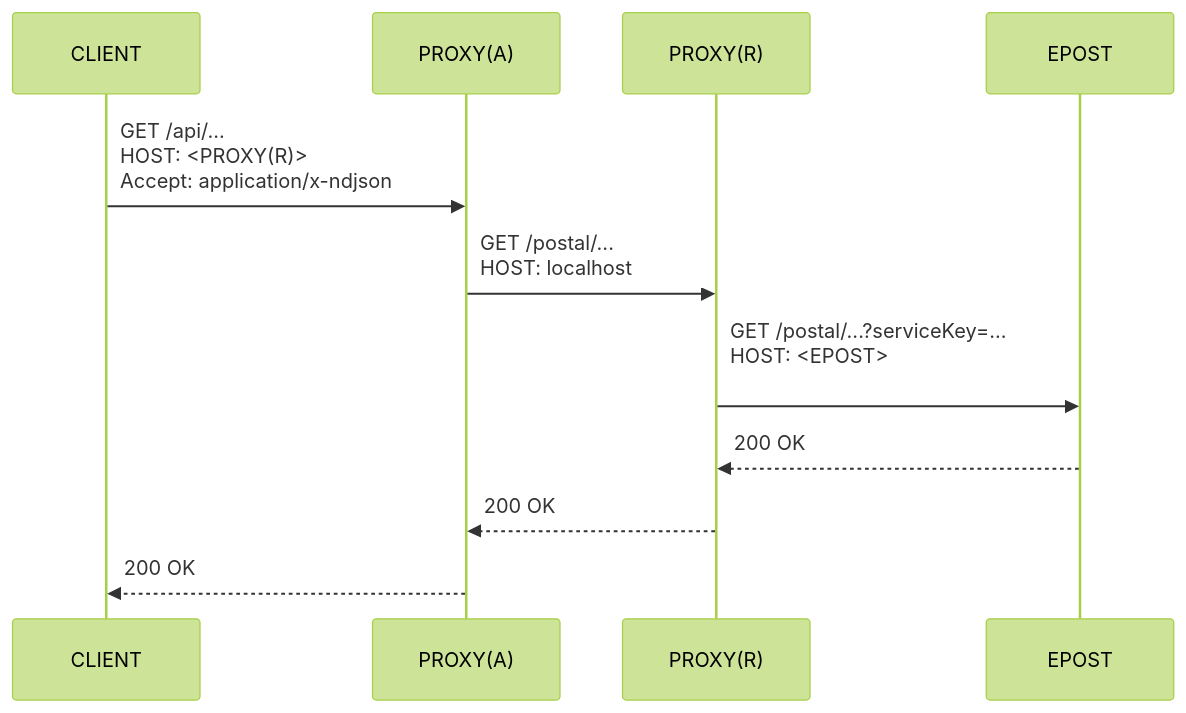
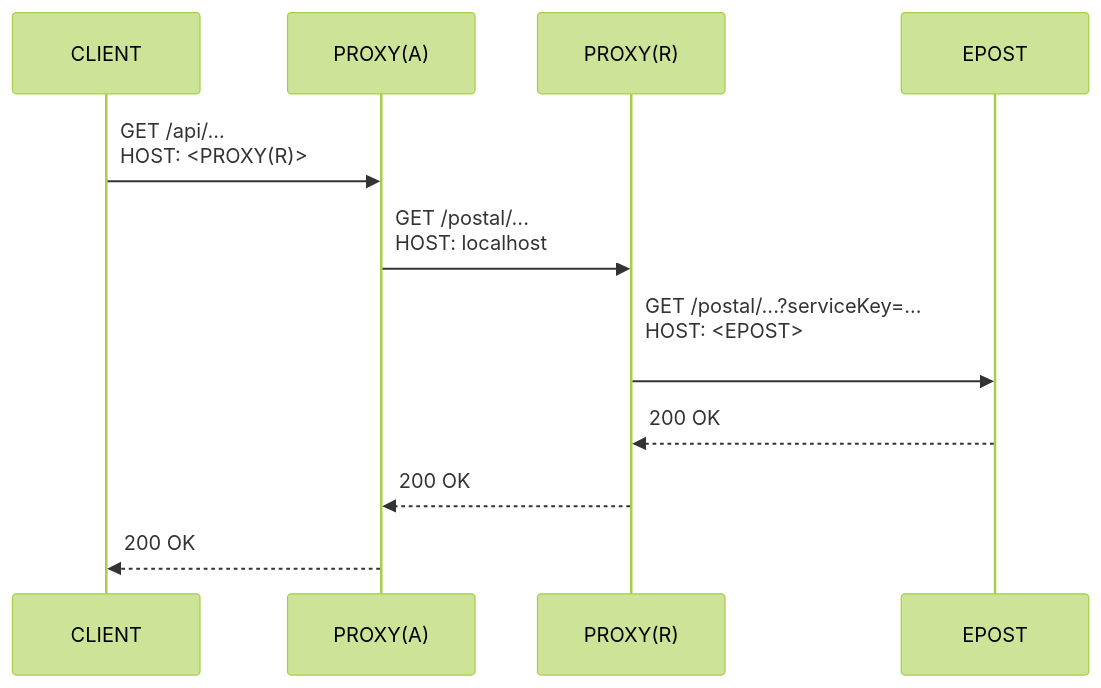
One commit to jinahya/epost-openapi-proxy changed the third of 3 diagrams in README.md. Above: the diagram before and after it, drawn with Mermaid.

````diff
--- a/README.md
+++ b/README.md
@@ -38,21 +38,21 @@
 ```mermaid
 %%{init: {
   'theme': 'forest',
   'themeVariables': {
     'primaryColor': '#BB2528',
     'primaryTextColor': '#fff',
     'background': '#BB2528'
    },
   'sequence': {
     'messageAlign': 'left'
    },
   'fontFamily': 'monospace'
 }}%%
 sequenceDiagram
-  CLIENT ->> PROXY(A): GET /api/...<br>HOST: <PROXY(R)><br>Accept: application/x-ndjson
+  CLIENT ->> PROXY(A): GET /api/...<br>HOST: <PROXY(R)>
   PROXY(A) ->> PROXY(R): GET /postal/...<br>HOST: localhost
   PROXY(R) ->> EPOST: GET /postal/...?serviceKey=...<br>HOST: <EPOST><br>
   EPOST -->> PROXY(R): 200 OK
   PROXY(R) -->> PROXY(A): 200 OK
   PROXY(A) -->> CLIENT: 200 OK
 ```
````
